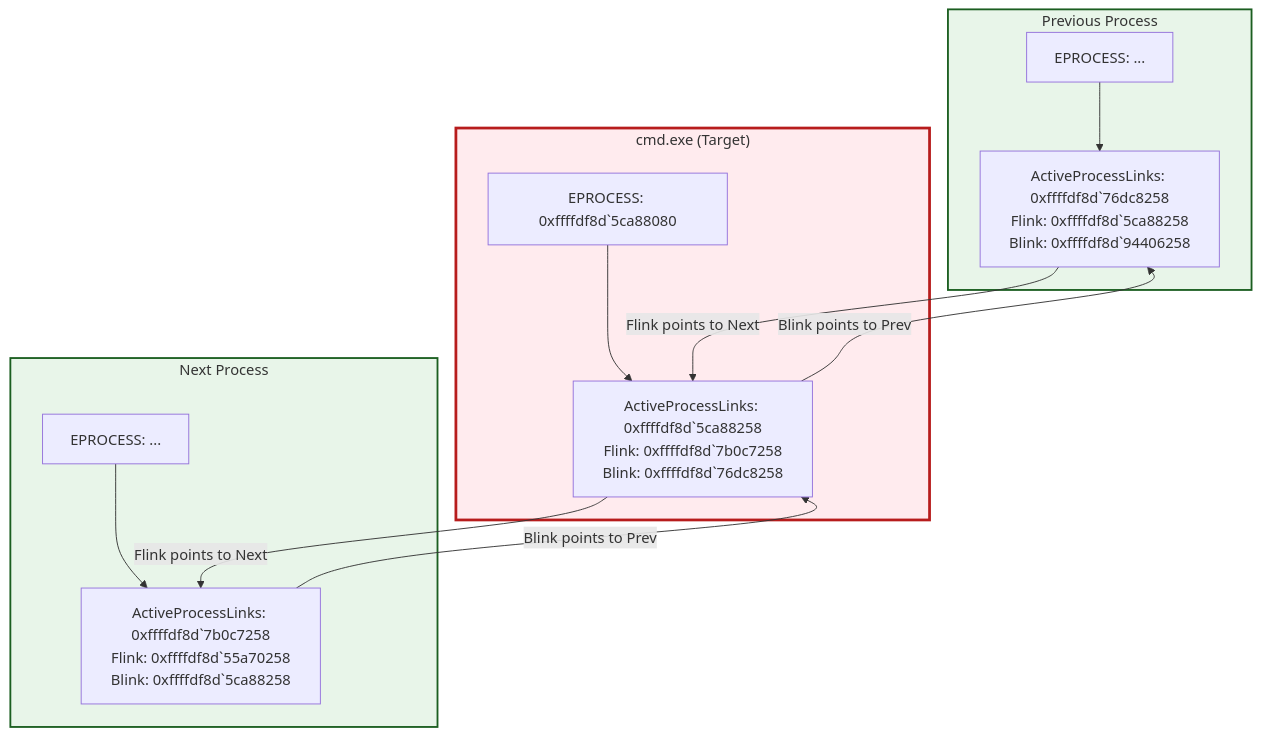
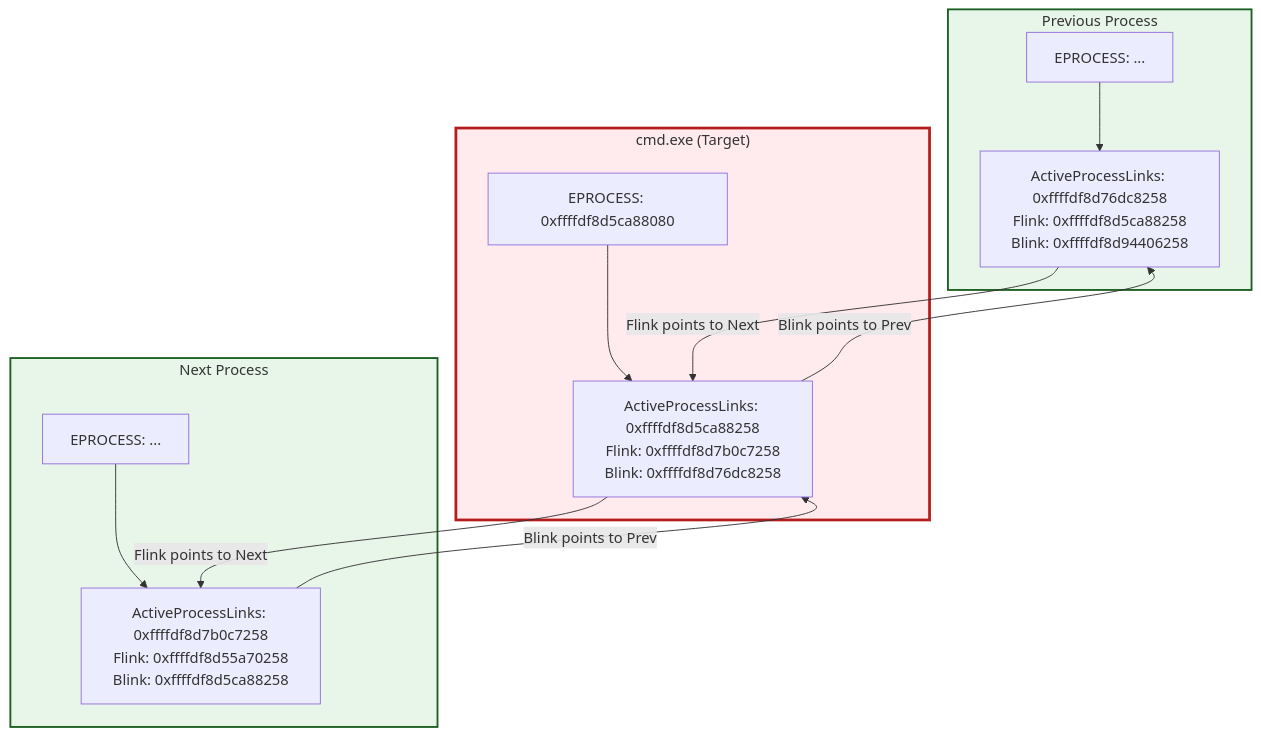
Before and after one commit to adolfcna/ATTvDEF: the first of 2 diagrams in content/Mitre Attack/Stealth TA0005/Rootkit/Direct Kernel Object Manipulation/Hide Process.md, drawn with Mermaid.

Commit message:
vault backup: 2026-09-22 10:38:41

````diff
--- a/content/Mitre Attack/Stealth TA0005/Rootkit/Direct Kernel Object Manipulation/Hide Process.md
+++ b/content/Mitre Attack/Stealth TA0005/Rootkit/Direct Kernel Object Manipulation/Hide Process.md
@@ -24,27 +24,32 @@
 ```mermaid
 flowchart TD
     subgraph Prev ["Previous Process"]
         P_Base["EPROCESS: ..."]
-        P_Base --> P_Links["ActiveProcessLinks: 0xffffdf8d`76dc8258<br>Flink: 0xffffdf8d`5ca88258<br>Blink: 0xffffdf8d`94406258"]
+        P_Links["ActiveProcessLinks: 0xffffdf8d76dc8258<br>Flink: 0xffffdf8d5ca88258<br>Blink: 0xffffdf8d94406258"]
+        P_Base --> P_Links
     end
 
     subgraph Cmd ["cmd.exe (Target)"]
-        C_Base["EPROCESS: 0xffffdf8d`5ca88080"]
-        C_Base --> C_Links["ActiveProcessLinks: 0xffffdf8d`5ca88258<br>Flink: 0xffffdf8d`7b0c7258<br>Blink: 0xffffdf8d`76dc8258"]
+        C_Base["EPROCESS: 0xffffdf8d5ca88080"]
+        C_Links["ActiveProcessLinks: 0xffffdf8d5ca88258<br>Flink: 0xffffdf8d7b0c7258<br>Blink: 0xffffdf8d76dc8258"]
+        C_Base --> C_Links
     end
 
     subgraph Next ["Next Process"]
         N_Base["EPROCESS: ..."]
-        N_Base --> N_Links["ActiveProcessLinks: 0xffffdf8d`7b0c7258<br>Flink: 0xffffdf8d`55a70258<br>Blink: 0xffffdf8d`5ca88258"]
+        N_Links["ActiveProcessLinks: 0xffffdf8d7b0c7258<br>Flink: 0xffffdf8d55a70258<br>Blink: 0xffffdf8d5ca88258"]
+        N_Base --> N_Links
     end
 
-    %% Normal Links
-    P_Links --"Flink points to Next"--> C_Links
-    N_Links --"Blink points to Prev"--> C_Links
-    C_Links --"Flink points to Next"--> N_Links
-    C_Links --"Blink points to Prev"--> P_Links
+    %% Forward Links (Flink)
+    P_Links -- "Flink points to Next" --> C_Links
+    C_Links -- "Flink points to Next" --> N_Links
+
+    %% Backward Links (Blink)
+    N_Links -- "Blink points to Prev" --> C_Links
+    C_Links -- "Blink points to Prev" --> P_Links
 
     style Prev fill:#e8f5e9,stroke:#1b5e20,stroke-width:2px
     style Next fill:#e8f5e9,stroke:#1b5e20,stroke-width:2px
     style Cmd fill:#ffebee,stroke:#b71c1c,stroke-width:3px
 ```
````
